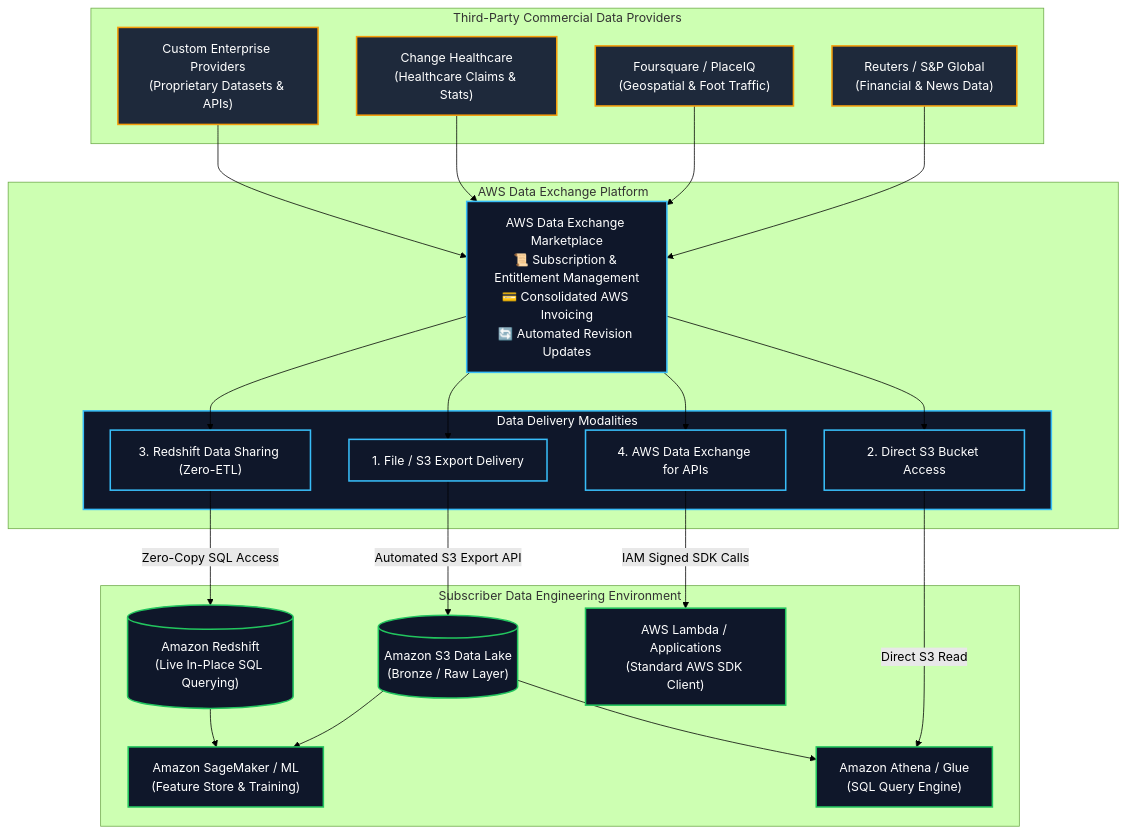
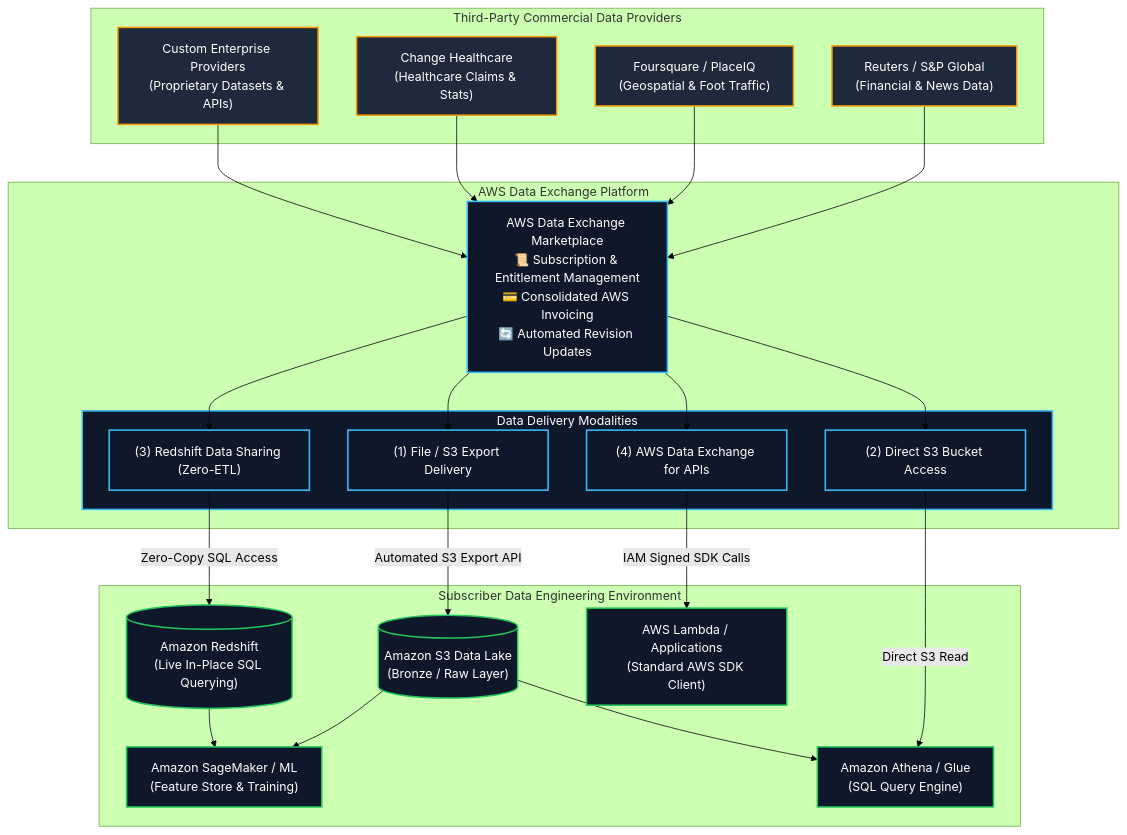
The first of 3 diagrams in content/02-services/migration/data-exchange.md (Wathon/aws-dea-c01-note), drawn with Mermaid (forest theme) before and after one commit. The commit also changed other lines of this file and 19 other files, not shown here.

Commit message:
fix(mermaid): resolve 'Unsupported markdown: list' rendering issues across all diagram node and edge labels

````diff
--- a/content/02-services/migration/data-exchange.md
+++ b/content/02-services/migration/data-exchange.md
@@ -35,55 +35,55 @@
 ```mermaid
 graph TB
     subgraph DataProviders["Third-Party Commercial Data Providers"]
         Reuters["Reuters / S&P Global<br/>(Financial & News Data)"]
         Foursquare["Foursquare / PlaceIQ<br/>(Geospatial & Foot Traffic)"]
         Healthcare["Change Healthcare<br/>(Healthcare Claims & Stats)"]
         CustomProvider["Custom Enterprise Providers<br/>(Proprietary Datasets & APIs)"]
     end
 
     subgraph ADXHub["AWS Data Exchange Platform"]
         Marketplace["AWS Data Exchange Marketplace<br/>📜 Subscription & Entitlement Management<br/>💳 Consolidated AWS Invoicing<br/>🔄 Automated Revision Updates"]
         
         subgraph DeliveryModes["Data Delivery Modalities"]
-            ModeS3["1. File / S3 Export Delivery"]
-            ModeDirectS3["2. Direct S3 Bucket Access"]
-            ModeRedshift["3. Redshift Data Sharing (Zero-ETL)"]
-            ModeAPI["4. AWS Data Exchange for APIs"]
+            ModeS3["(1) File / S3 Export Delivery"]
+            ModeDirectS3["(2) Direct S3 Bucket Access"]
+            ModeRedshift["(3) Redshift Data Sharing (Zero-ETL)"]
+            ModeAPI["(4) AWS Data Exchange for APIs"]
         end
     end
 
     subgraph AWSDataConsumers["Subscriber Data Engineering Environment"]
         S3Bucket[("Amazon S3 Data Lake<br/>(Bronze / Raw Layer)")]
         RedshiftDW[("Amazon Redshift<br/>(Live In-Place SQL Querying)")]
         APICaller["AWS Lambda / Applications<br/>(Standard AWS SDK Client)"]
         SageMaker["Amazon SageMaker / ML<br/>(Feature Store & Training)"]
         AthenaQuery["Amazon Athena / Glue<br/>(SQL Query Engine)"]
     end
 
     Reuters --> Marketplace
     Foursquare --> Marketplace
     Healthcare --> Marketplace
     CustomProvider --> Marketplace
 
     Marketplace --> ModeS3
     Marketplace --> ModeDirectS3
     Marketplace --> ModeRedshift
     Marketplace --> ModeAPI
 
     ModeS3 -->|"Automated S3 Export API"| S3Bucket
     ModeDirectS3 -->|"Direct S3 Read"| AthenaQuery
     ModeRedshift -->|"Zero-Copy SQL Access"| RedshiftDW
     ModeAPI -->|"IAM Signed SDK Calls"| APICaller
 
     S3Bucket --> AthenaQuery
     S3Bucket --> SageMaker
     RedshiftDW --> SageMaker
 
     classDef prov fill:#1e293b,stroke:#f59e0b,stroke-width:2px,color:#fff;
     classDef adx fill:#0f172a,stroke:#38bdf8,stroke-width:2px,color:#fff;
     classDef dest fill:#0f172a,stroke:#22c55e,stroke-width:2px,color:#fff;
 
     class Reuters,Foursquare,Healthcare,CustomProvider prov;
     class Marketplace,DeliveryModes,ModeS3,ModeDirectS3,ModeRedshift,ModeAPI adx;
     class S3Bucket,RedshiftDW,APICaller,SageMaker,AthenaQuery dest;
 ```
````
